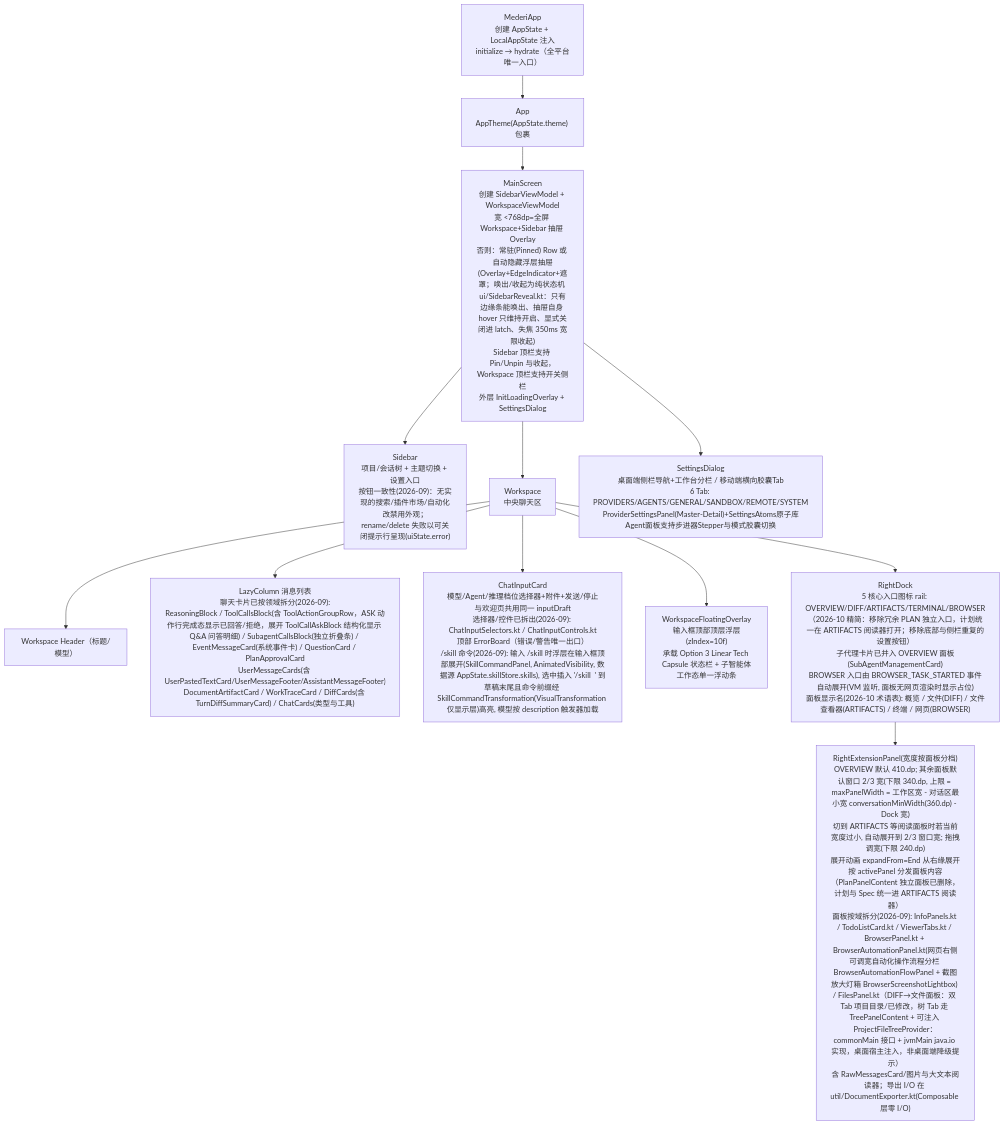
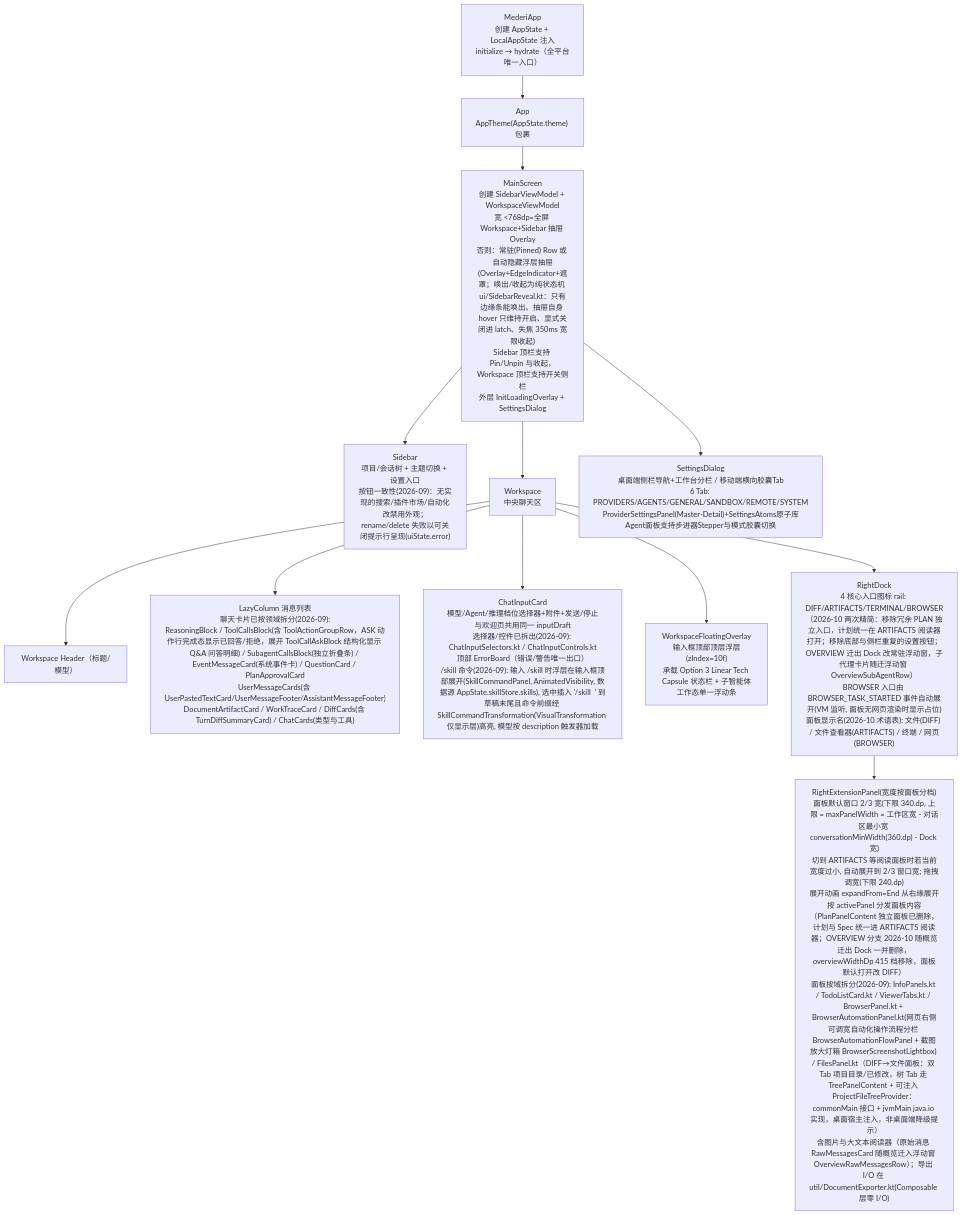
One commit to lzdev42/mederi changed the third of 4 diagrams in docs/architecture/02-app-shared.md. Above: the diagram before and after it, drawn with Mermaid. The commit also changed other lines of this file and 131 other files, not shown here.

````diff
--- a/docs/architecture/02-app-shared.md
+++ b/docs/architecture/02-app-shared.md
@@ -453,24 +465,24 @@
 ```mermaid
 flowchart TD
     MA["MederiApp<br/>创建 AppState + LocalAppState 注入<br/>initialize → hydrate（全平台唯一入口）"]
     APP["App<br/>AppTheme(AppState.theme) 包裹"]
     MS["MainScreen<br/>创建 SidebarViewModel + WorkspaceViewModel<br/>宽 <768dp=全屏 Workspace+Sidebar 抽屉 Overlay<br/>否则：常驻(Pinned) Row 或 自动隐藏浮层抽屉(Overlay+EdgeIndicator+遮罩；唤出/收起为纯状态机 ui/SidebarReveal.kt：只有边缘条能唤出、抽屉自身 hover 只维持开启、显式关闭进 latch、失焦 350ms 宽限收起)<br/>Sidebar 顶栏支持 Pin/Unpin 与收起，Workspace 顶栏支持开关侧栏<br/>外层 InitLoadingOverlay + SettingsDialog"]
     SB["Sidebar<br/>项目/会话树 + 主题切换 + 设置入口<br/>按钮一致性(2026-09)：无实现的搜索/插件市场/自动化改禁用外观；rename/delete 失败以可关闭提示行呈现(uiState.error)"]
     WS["Workspace<br/>中央聊天区"]
     HDR["Workspace Header（标题/模型）"]
     LIST["LazyColumn 消息列表<br/>聊天卡片已按领域拆分(2026-09):<br/>ReasoningBlock / ToolCallsBlock(含 ToolActionGroupRow，ASK 动作行完成态显示已回答/拒绝，展开 ToolCallAskBlock 结构化显示 Q&A 问答明细) / SubagentCallsBlock(独立折叠条) / EventMessageCard(系统事件卡) / QuestionCard / PlanApprovalCard<br/>UserMessageCards(含 UserPastedTextCard/UserMessageFooter/AssistantMessageFooter)<br/>DocumentArtifactCard / WorkTraceCard / DiffCards(含 TurnDiffSummaryCard) / ChatCards(类型与工具)"]
     INPUT["ChatInputCard<br/>模型/Agent/推理档位选择器+附件+发送/停止<br/>与欢迎页共用同一 inputDraft<br/>选择器/控件已拆出(2026-09): ChatInputSelectors.kt / ChatInputControls.kt<br/>顶部 ErrorBoard（错误/警告唯一出口）<br/>/skill 命令(2026-09): 输入 /skill 时浮层在输入框顶部展开(SkillCommandPanel, AnimatedVisibility, 数据源 AppState.skillStore.skills), 选中插入 '/skill <name> ' 到草稿末尾且命令前缀经 SkillCommandTransformation(VisualTransformation 仅显示层)高亮, 模型按 description 触发器加载"]
     WFO["WorkspaceFloatingOverlay<br/>输入框顶部顶层浮层(zIndex=10f)<br/>承载 Option 3 Linear Tech Capsule 状态栏 + 子智能体工作态单一浮动条"]
-    DOCK["RightDock<br/>5 核心入口图标 rail: OVERVIEW/DIFF/ARTIFACTS/TERMINAL/BROWSER（2026-10 精简：移除冗余 PLAN 独立入口，计划统一在 ARTIFACTS 阅读器打开；移除底部与侧栏重复的设置按钮）<br/>子代理卡片已并入 OVERVIEW 面板(SubAgentManagementCard)<br/>BROWSER 入口由 BROWSER_TASK_STARTED 事件自动展开(VM 监听, 面板无网页渲染时显示占位)<br/>面板显示名(2026-10 术语表): 概览 / 文件(DIFF) / 文件查看器(ARTIFACTS) / 终端 / 网页(BROWSER)"]
-    REP["RightExtensionPanel(宽度按面板分档)<br/>OVERVIEW 默认 410.dp; 其余面板默认窗口 2/3 宽(下限 340.dp, 上限 = maxPanelWidth = 工作区宽 - 对话区最小宽 conversationMinWidth(360.dp) - Dock 宽)<br/>切到 ARTIFACTS 等阅读面板时若当前宽度过小, 自动展开到 2/3 窗口宽; 拖拽调宽(下限 240.dp)<br/>展开动画 expandFrom=End 从右缘展开<br/>按 activePanel 分发面板内容（PlanPanelContent 独立面板已删除，计划与 Spec 统一进 ARTIFACTS 阅读器）<br/>面板按域拆分(2026-09): InfoPanels.kt / TodoListCard.kt / ViewerTabs.kt / BrowserPanel.kt + BrowserAutomationPanel.kt(网页右侧可调宽自动化操作流程分栏 BrowserAutomationFlowPanel + 截图放大灯箱 BrowserScreenshotLightbox) / FilesPanel.kt（DIFF→文件面板：双 Tab 项目目录/已修改，树 Tab 走 TreePanelContent + 可注入 ProjectFileTreeProvider：commonMain 接口 + jvmMain java.io 实现，桌面宿主注入，非桌面端降级提示）<br/>含 RawMessagesCard/图片与大文本阅读器；导出 I/O 在 util/DocumentExporter.kt(Composable 层零 I/O)"]
+    DOCK["RightDock<br/>4 核心入口图标 rail: DIFF/ARTIFACTS/TERMINAL/BROWSER（2026-10 两次精简：移除冗余 PLAN 独立入口，计划统一在 ARTIFACTS 阅读器打开；移除底部与侧栏重复的设置按钮；OVERVIEW 迁出 Dock 改常驻浮动窗，子代理卡片随迁浮动窗 OverviewSubAgentRow）<br/>BROWSER 入口由 BROWSER_TASK_STARTED 事件自动展开(VM 监听, 面板无网页渲染时显示占位)<br/>面板显示名(2026-10 术语表): 文件(DIFF) / 文件查看器(ARTIFACTS) / 终端 / 网页(BROWSER)"]
+    REP["RightExtensionPanel(宽度按面板分档)<br/>面板默认窗口 2/3 宽(下限 340.dp, 上限 = maxPanelWidth = 工作区宽 - 对话区最小宽 conversationMinWidth(360.dp) - Dock 宽)<br/>切到 ARTIFACTS 等阅读面板时若当前宽度过小, 自动展开到 2/3 窗口宽; 拖拽调宽(下限 240.dp)<br/>展开动画 expandFrom=End 从右缘展开<br/>按 activePanel 分发面板内容（PlanPanelContent 独立面板已删除，计划与 Spec 统一进 ARTIFACTS 阅读器；OVERVIEW 分支 2026-10 随概览迁出 Dock 一并删除，overviewWidthDp 415 档移除，面板默认打开改 DIFF）<br/>面板按域拆分(2026-09): InfoPanels.kt / TodoListCard.kt / ViewerTabs.kt / BrowserPanel.kt + BrowserAutomationPanel.kt(网页右侧可调宽自动化操作流程分栏 BrowserAutomationFlowPanel + 截图放大灯箱 BrowserScreenshotLightbox) / FilesPanel.kt（DIFF→文件面板：双 Tab 项目目录/已修改，树 Tab 走 TreePanelContent + 可注入 ProjectFileTreeProvider：commonMain 接口 + jvmMain java.io 实现，桌面宿主注入，非桌面端降级提示）<br/>含图片与大文本阅读器（原始消息 RawMessagesCard 随概览迁入浮动窗 OverviewRawMessagesRow）；导出 I/O 在 util/DocumentExporter.kt(Composable 层零 I/O)"]
     SD["SettingsDialog<br/>桌面端侧栏导航+工作台分栏 / 移动端横向胶囊Tab<br/>6 Tab: PROVIDERS/AGENTS/GENERAL/SANDBOX/REMOTE/SYSTEM<br/>ProviderSettingsPanel(Master-Detail)+SettingsAtoms原子库<br/>Agent面板支持步进器Stepper与模式胶囊切换"]
     MA --> APP --> MS
     MS --> SB
     MS --> WS
     WS --> HDR
     WS --> LIST
     WS --> WFO
     WS --> INPUT
     WS --> DOCK --> REP
     MS --> SD
 ```
````
